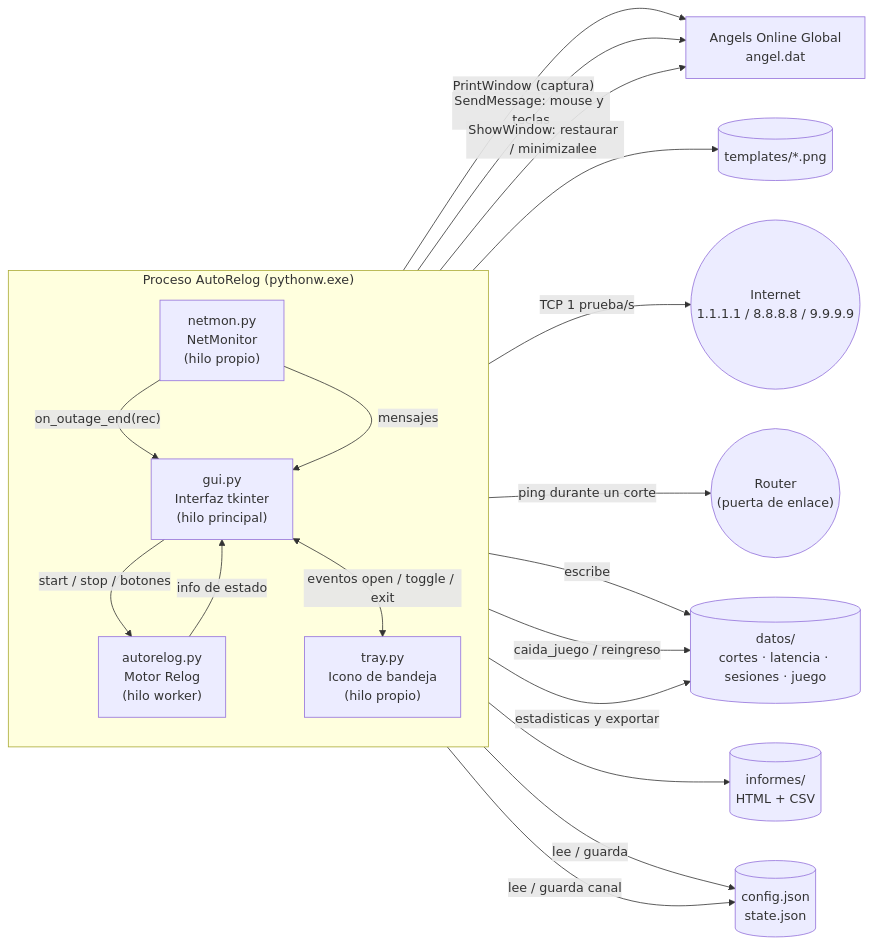
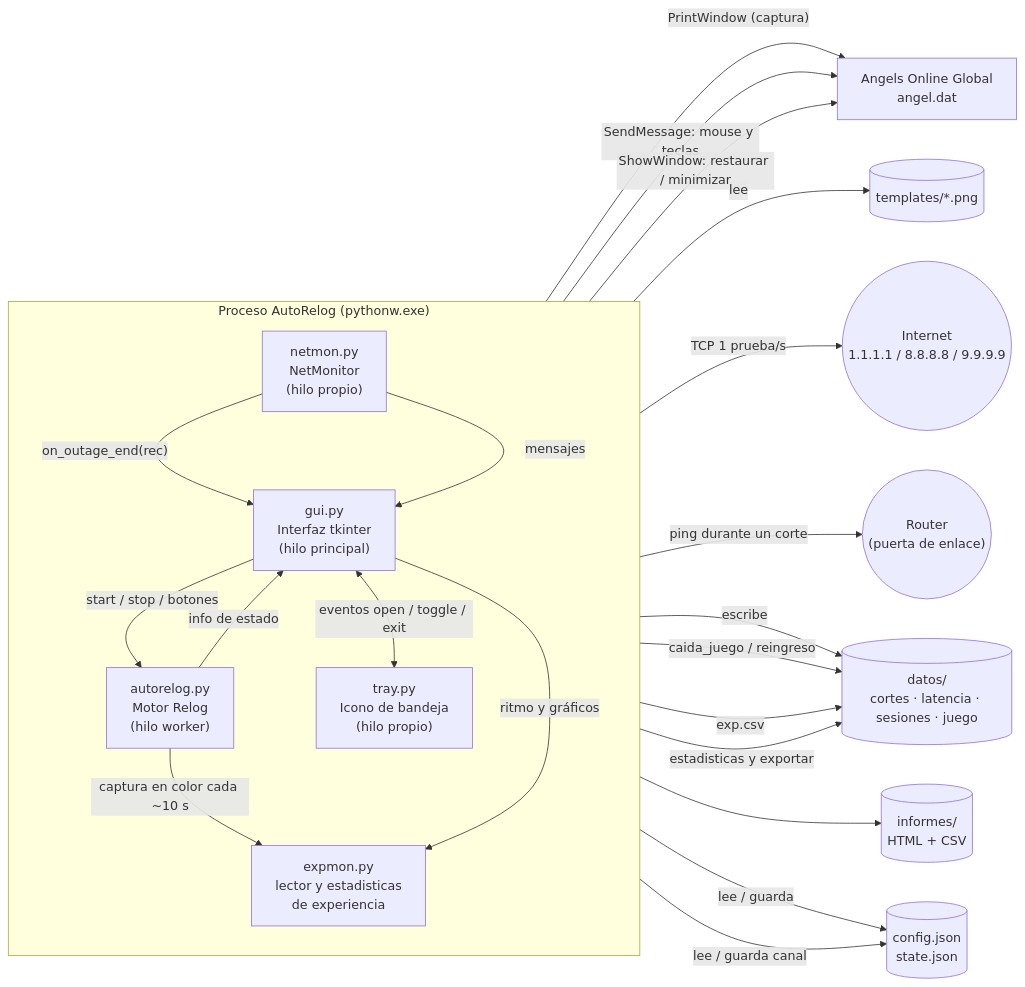
Before and after one commit to joacoz29/AOGAutoRelog: the first of 4 diagrams in docs/ARQUITECTURA.md, drawn with Mermaid. The commit also changed other lines of this file and 30 other files, not shown here.

````diff
--- a/docs/ARQUITECTURA.md
+++ b/docs/ARQUITECTURA.md
@@ -7,38 +7,42 @@
 ```mermaid
 flowchart LR
     subgraph APP["Proceso AutoRelog (pythonw.exe)"]
         direction TB
         GUI["gui.py<br/>Interfaz tkinter<br/>(hilo principal)"]
         ENG["autorelog.py<br/>Motor Relog<br/>(hilo worker)"]
         NET["netmon.py<br/>NetMonitor<br/>(hilo propio)"]
+    EXP["expmon.py<br/>lector y estadisticas<br/>de experiencia"]
         TRY["tray.py<br/>Icono de bandeja<br/>(hilo propio)"]
     end
 
     GAME["Angels Online Global<br/>angel.dat"]
     INET(("Internet<br/>1.1.1.1 / 8.8.8.8 / 9.9.9.9"))
     ROUTER(("Router<br/>(puerta de enlace)"))
     TPL[("templates/*.png")]
     DATA[("datos/<br/>cortes · latencia · sesiones · juego")]
     CFG[("config.json<br/>state.json")]
     REP[("informes/<br/>HTML + CSV")]
 
     GUI -- "start / stop / botones" --> ENG
     ENG -- "info de estado" --> GUI
     NET -- "on_outage_end(rec)" --> GUI
     NET -- "mensajes" --> GUI
     GUI <-->|"eventos open / toggle / exit"| TRY
 
     ENG -- "PrintWindow (captura)" --> GAME
     ENG -- "SendMessage: mouse y teclas" --> GAME
     ENG -- "ShowWindow: restaurar / minimizar" --> GAME
     ENG -- "lee" --> TPL
 
     NET -- "TCP 1 prueba/s" --> INET
     NET -- "ping durante un corte" --> ROUTER
     NET -- "escribe" --> DATA
     ENG -- "caida_juego / reingreso" --> DATA
+    ENG -- "captura en color cada ~10 s" --> EXP
+    EXP -- "exp.csv" --> DATA
+    GUI -- "ritmo y gráficos" --> EXP
     GUI -- "estadisticas y exportar" --> DATA
     GUI --> REP
     GUI -- "lee / guarda" --> CFG
     ENG -- "lee / guarda canal" --> CFG
 ```
````
